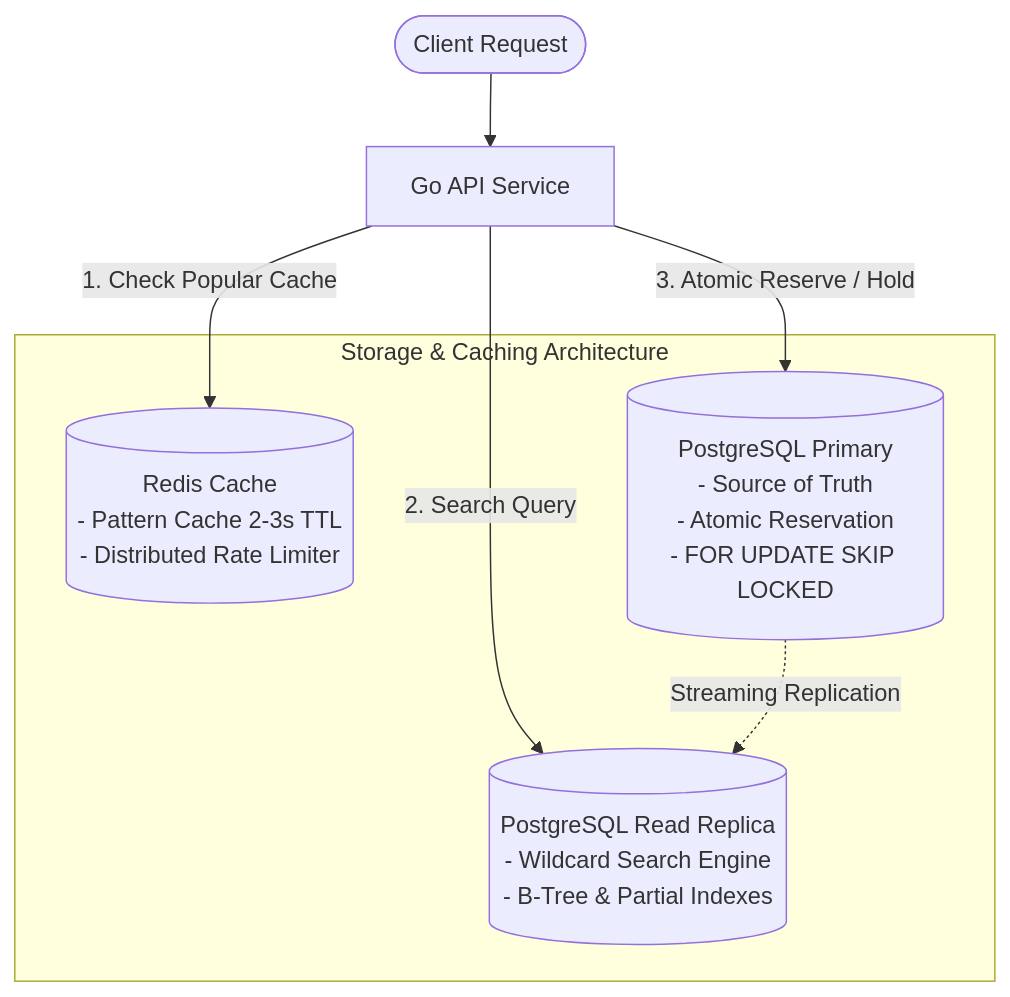
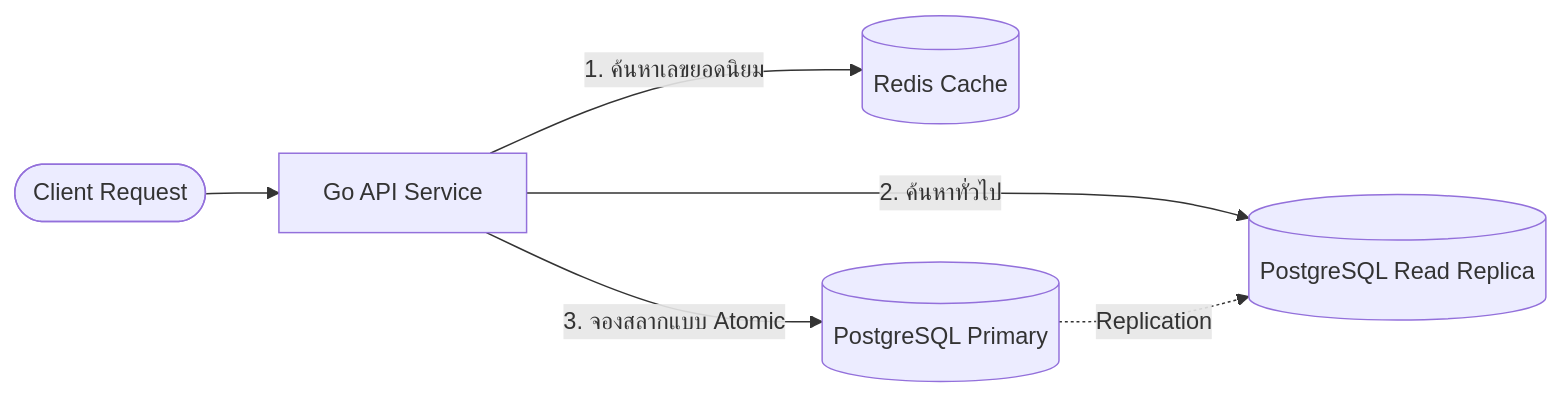
Before and after one commit to ArchangleT/7-solutions-backend-challenge: the diagram in Lottery Search System/documents/design/database/tech-stack.md, drawn with Mermaid. The commit also changed other lines of this file and 12 other files, not shown here.

````diff
--- a/Lottery Search System/documents/design/database/tech-stack.md
+++ b/Lottery Search System/documents/design/database/tech-stack.md
@@ -29,15 +28,10 @@
 ```mermaid
-flowchart TD
+flowchart LR
     Client([Client Request]) --> API[Go API Service]
-    
-    subgraph Storage_Tier [Storage & Caching Architecture]
-        Redis[(Redis Cache\n- Pattern Cache 2-3s TTL\n- Distributed Rate Limiter)]
-        PG_Primary[(PostgreSQL Primary\n- Source of Truth\n- Atomic Reservation\n- FOR UPDATE SKIP LOCKED)]
-        PG_Replica[(PostgreSQL Read Replica\n- Wildcard Search Engine\n- B-Tree & Partial Indexes)]
-    end
 
-    API -->|1. Check Popular Cache| Redis
-    API -->|2. Search Query| PG_Replica
-    API -->|3. Atomic Reserve / Hold| PG_Primary
-    PG_Primary -.->|Streaming Replication| PG_Replica
+    API -->|1. ค้นหาเลขยอดนิยม| Redis[(Redis Cache)]
+    API -->|2. ค้นหาทั่วไป| Replica[(PostgreSQL Read Replica)]
+    API -->|3. จองสลากแบบ Atomic| Primary[(PostgreSQL Primary)]
+
+    Primary -.->|Replication| Replica
 ```
````
